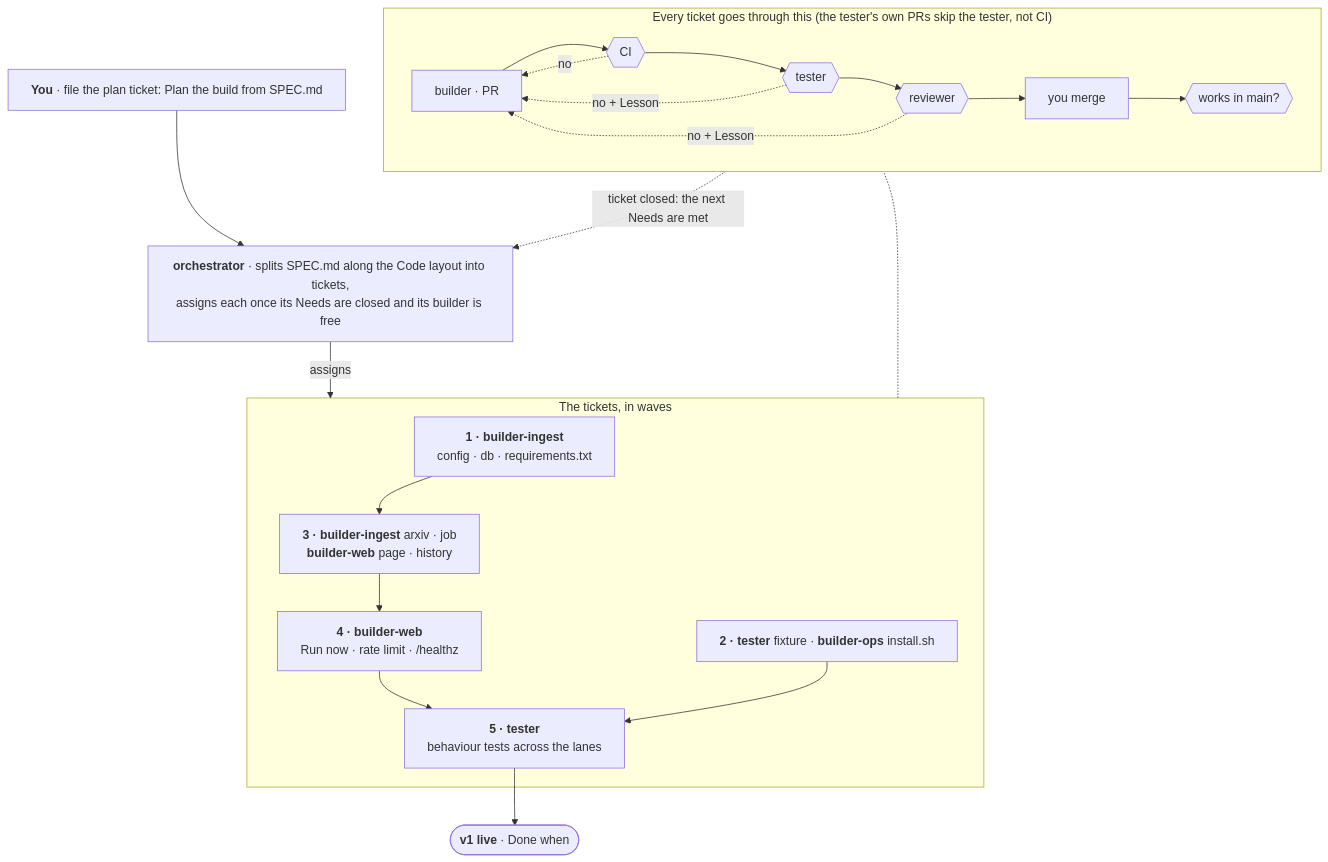
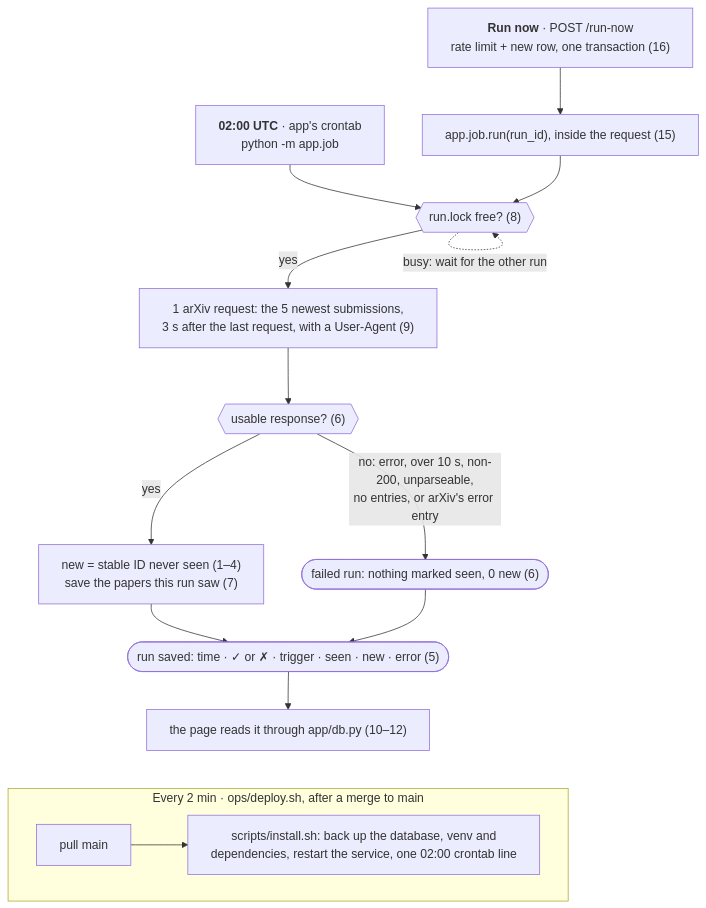
Before and after one commit to nikhil-kunapareddy/daily-briefing: the diagram in SPEC.md, drawn with Mermaid. The commit also changed other lines of this file, not shown here.

Commit message:
SPEC: the run graph instead of the builder graph
The team's flow lives in agents/WORKFLOW.md, so the spec keeps only the
product's: the 02:00 cron job and Run now through the lock, the one arXiv
request, the failure rules and saving, plus the deploy cron that installs
each merge. The build order stays as five lines.

````diff
--- a/SPEC.md
+++ b/SPEC.md
@@ -117,28 +21,29 @@
 ```mermaid
 %%{init: {"flowchart": {"wrappingWidth": 420}}}%%
 flowchart TD
-  U["<b>You</b> · file the plan ticket: Plan the build from SPEC.md"]
-  O["<b>orchestrator</b> · splits SPEC.md along the Code layout into tickets,<br/>assigns each once its Needs are closed and its builder is free"]
-  subgraph WAVES["The tickets, in waves"]
-    W1["<b>1 · builder-ingest</b><br/>config · db · requirements.txt"]
-    W2["<b>2 · tester</b> fixture · <b>builder-ops</b> install.sh"]
-    W3["<b>3 · builder-ingest</b> arxiv · job<br/><b>builder-web</b> page · history"]
-    W4["<b>4 · builder-web</b><br/>Run now · rate limit · /healthz"]
-    W5["<b>5 · tester</b><br/>behaviour tests across the lanes"]
-    W1 ~~~ W2
-    W1 --> W3 --> W4 --> W5
-    W2 --> W5
+  CR["<b>02:00 UTC</b> · app's crontab<br/>python -m app.job"]
+  RN["<b>Run now</b> · POST /run-now<br/>rate limit + new row, one transaction (16)"]
+  JR["app.job.run(run_id), inside the request (15)"]
+  LK{{"run.lock free? (8)"}}
+  RQ["1 arXiv request: the 5 newest submissions,<br/>3 s after the last request, with a User-Agent (9)"]
+  OK{{"usable response? (6)"}}
+  F(["failed run: nothing marked seen, 0 new (6)"])
+  NW["new = stable ID never seen (1–4)<br/>save the papers this run saw (7)"]
+  SV(["run saved: time · ✓ or ✗ · trigger · seen · new · error (5)"])
+  PG["the page reads it through app/db.py (10–12)"]
+
+  CR --> LK
+  RN --> JR --> LK
+  LK -->|"yes"| RQ
+  LK -.->|"busy: wait for the other run"| LK
+  RQ --> OK
+  OK -->|"yes"| NW --> SV
+  OK -->|"no: error, over 10 s, non-200, unparseable,<br/>no entries, or arXiv's error entry"| F --> SV
+  SV --> PG
+
+  subgraph DEP["Every 2 min · ops/deploy.sh, after a merge to main"]
+    direction LR
+    D1["pull main"] --> D2["scripts/install.sh: back up the database, venv and<br/>dependencies, restart the service, one 02:00 crontab line"]
   end
-  subgraph EACH["Every ticket goes through this (the tester's own PRs skip the tester, not CI)"]
-    direction LR
-    E1["builder · PR"] --> E2{{"CI"}} --> E3{{"tester"}} --> E4{{"reviewer"}} --> E5["you merge"] --> E6{{"works in main?"}}
-  end
-  V(["<b>v1 live</b> · Done when"])
-  U --> O -->|"assigns"| WAVES
-  WAVES -.- EACH
-  EACH -.->|"ticket closed: the next Needs are met"| O
-  E2 -.->|"no"| E1
-  E3 -.->|"no + Lesson"| E1
-  E4 -.->|"no + Lesson"| E1
-  W5 --> V
+  PG ~~~ DEP
 ```
````
